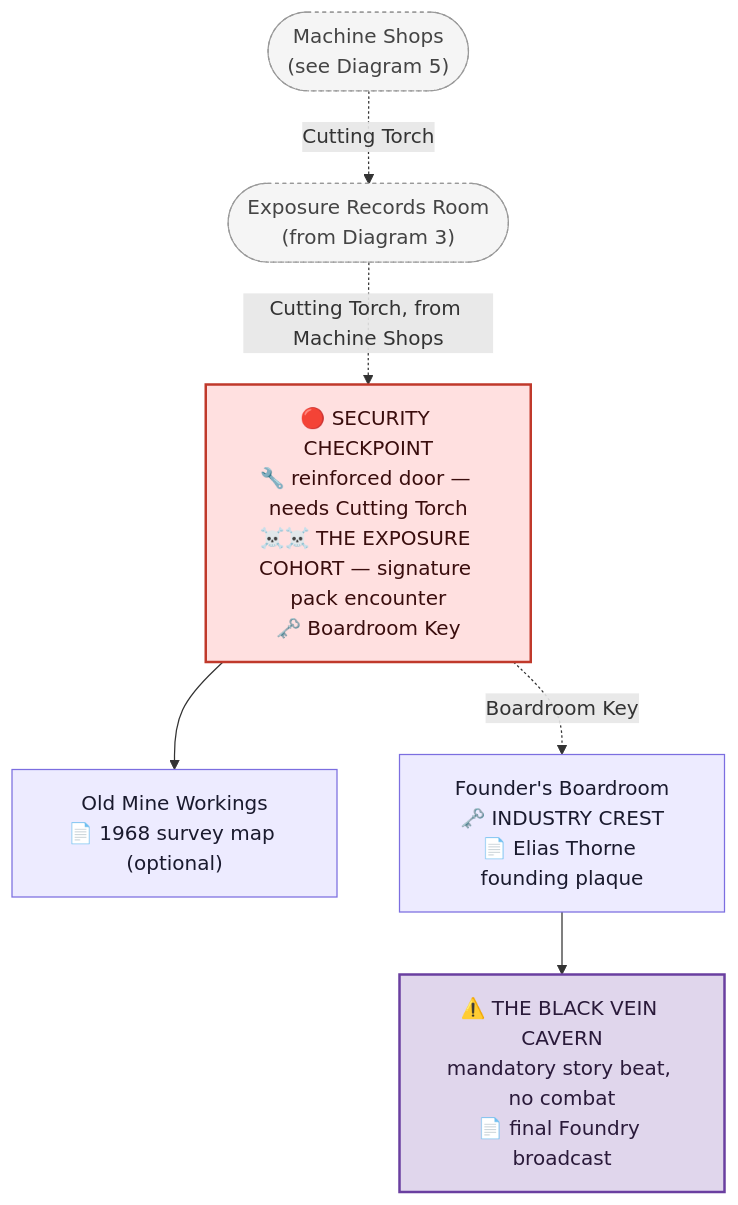
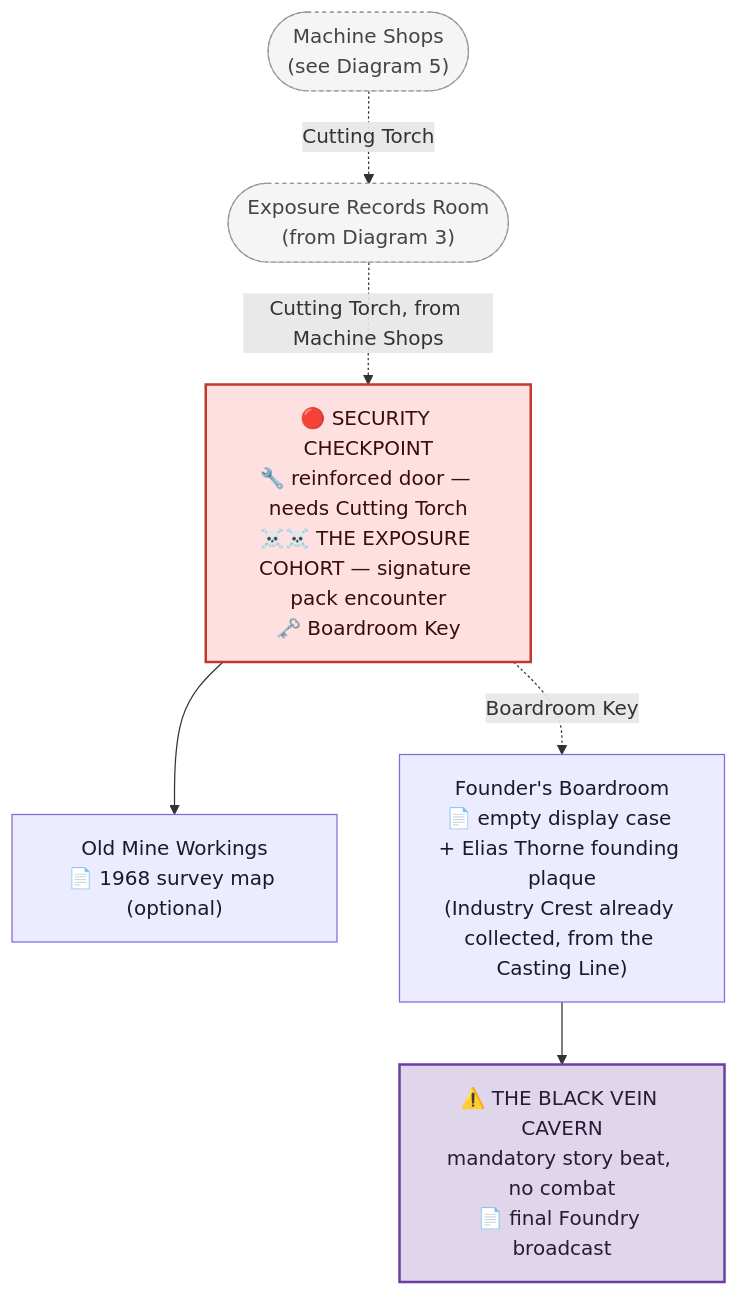
Before and after one commit to GIToez/Deadlock-Design: the fourth of 5 diagrams in DESIGN/Locations/Foundry_Refinery.md, drawn with Mermaid. The commit also changed other lines of this file and 3 other files, not shown here.

Commit message:
Rewrite Chapter_2_Foundry.md to the Casting Puzzle; fix Industry Crest location contradiction

````diff
--- a/DESIGN/Locations/Foundry_Refinery.md
+++ b/DESIGN/Locations/Foundry_Refinery.md
@@ -512,22 +516,22 @@
 ```mermaid
 flowchart TD
     RECORDSREF(["Exposure Records Room<br/>(from Diagram 3)"])
     SHOPSREF(["Machine Shops<br/>(see Diagram 5)"])
     CHECKPOINT["🔴 SECURITY CHECKPOINT<br/>🔧 reinforced door — needs Cutting Torch<br/>☠️☠️ THE EXPOSURE COHORT — signature pack encounter<br/>🗝️ Boardroom Key"]
     MINE["Old Mine Workings<br/>📄 1968 survey map (optional)"]
-    BOARDROOM["Founder's Boardroom<br/>🗝️ INDUSTRY CREST<br/>📄 Elias Thorne founding plaque"]
+    BOARDROOM["Founder's Boardroom<br/>📄 empty display case + Elias Thorne founding plaque<br/>(Industry Crest already collected, from the Casting Line)"]
     CAVERN["⚠️ THE BLACK VEIN CAVERN<br/>mandatory story beat, no combat<br/>📄 final Foundry broadcast"]
 
     SHOPSREF -. Cutting Torch .-> RECORDSREF
     RECORDSREF -. Cutting Torch, from Machine Shops .-> CHECKPOINT --> MINE
     CHECKPOINT -. Boardroom Key .-> BOARDROOM --> CAVERN
 
     classDef room fill:#EDEBFF,stroke:#7C6EE0,color:#1a1a2e
     classDef boss fill:#FFE0E0,stroke:#C0392B,color:#3a0d0d,stroke-width:2px
     classDef ref fill:#F5F5F5,stroke:#999999,color:#444444,stroke-dasharray:3 3
     classDef vanguard fill:#E0D6EC,stroke:#6A3FA0,color:#2a1a3a,stroke-width:2px
     class RECORDSREF,SHOPSREF ref
     class MINE,BOARDROOM room
     class CHECKPOINT boss
     class CAVERN vanguard
 ```
````
